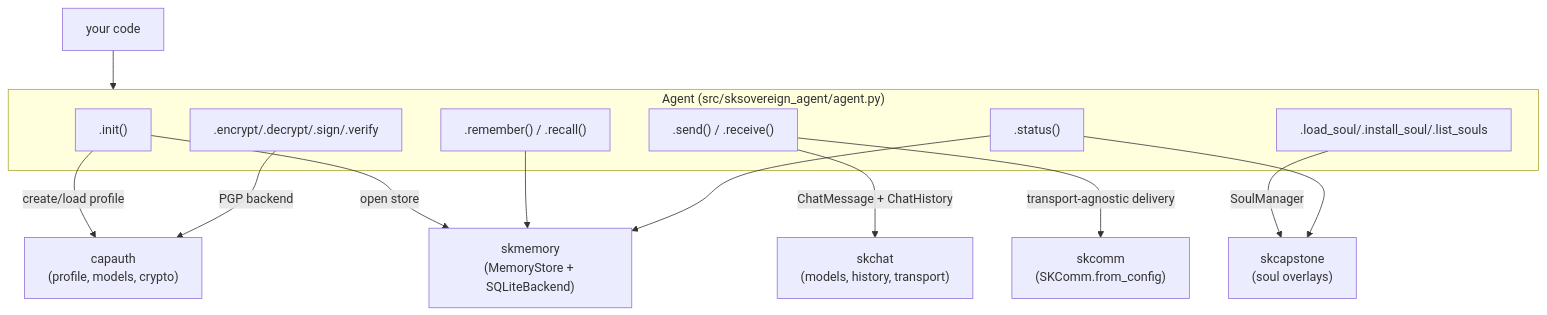
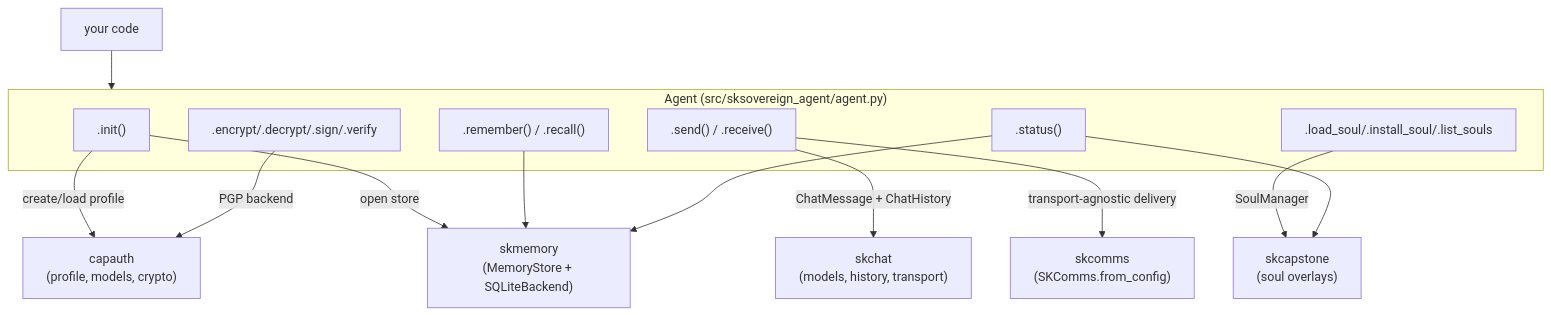
Before and after one commit to smilinTux/sksovereign-agent: the first of 5 diagrams in docs/ARCHITECTURE.md, drawn with Mermaid. The commit also changed other lines of this file and 3 other files, not shown here.

Commit message:
refactor: skcomm→skcomms references

````diff
--- a/docs/ARCHITECTURE.md
+++ b/docs/ARCHITECTURE.md
@@ -16,23 +16,23 @@
 ```mermaid
 flowchart TD
     CALLER["your code"] --> AGENT
 
     subgraph AGENT["Agent (src/sksovereign_agent/agent.py)"]
       INIT[".init()"]
       MEM[".remember() / .recall()"]
       MSG[".send() / .receive()"]
       CRYPT[".encrypt/.decrypt/.sign/.verify"]
       SOUL[".load_soul/.install_soul/.list_souls"]
       STAT[".status()"]
     end
 
     INIT -->|"create/load profile"| CAPAUTH["capauth<br/>(profile, models, crypto)"]
     INIT -->|"open store"| SKMEM["skmemory<br/>(MemoryStore + SQLiteBackend)"]
     MEM --> SKMEM
     MSG -->|"ChatMessage + ChatHistory"| SKCHAT["skchat<br/>(models, history, transport)"]
-    MSG -->|"transport-agnostic delivery"| SKCOMM["skcomm<br/>(SKComm.from_config)"]
+    MSG -->|"transport-agnostic delivery"| SKCOMMS["skcomms<br/>(SKComms.from_config)"]
     CRYPT -->|"PGP backend"| CAPAUTH
     SOUL -->|"SoulManager"| SKCAP["skcapstone<br/>(soul overlays)"]
     STAT --> SKMEM
     STAT --> SKCAP
 ```
````
